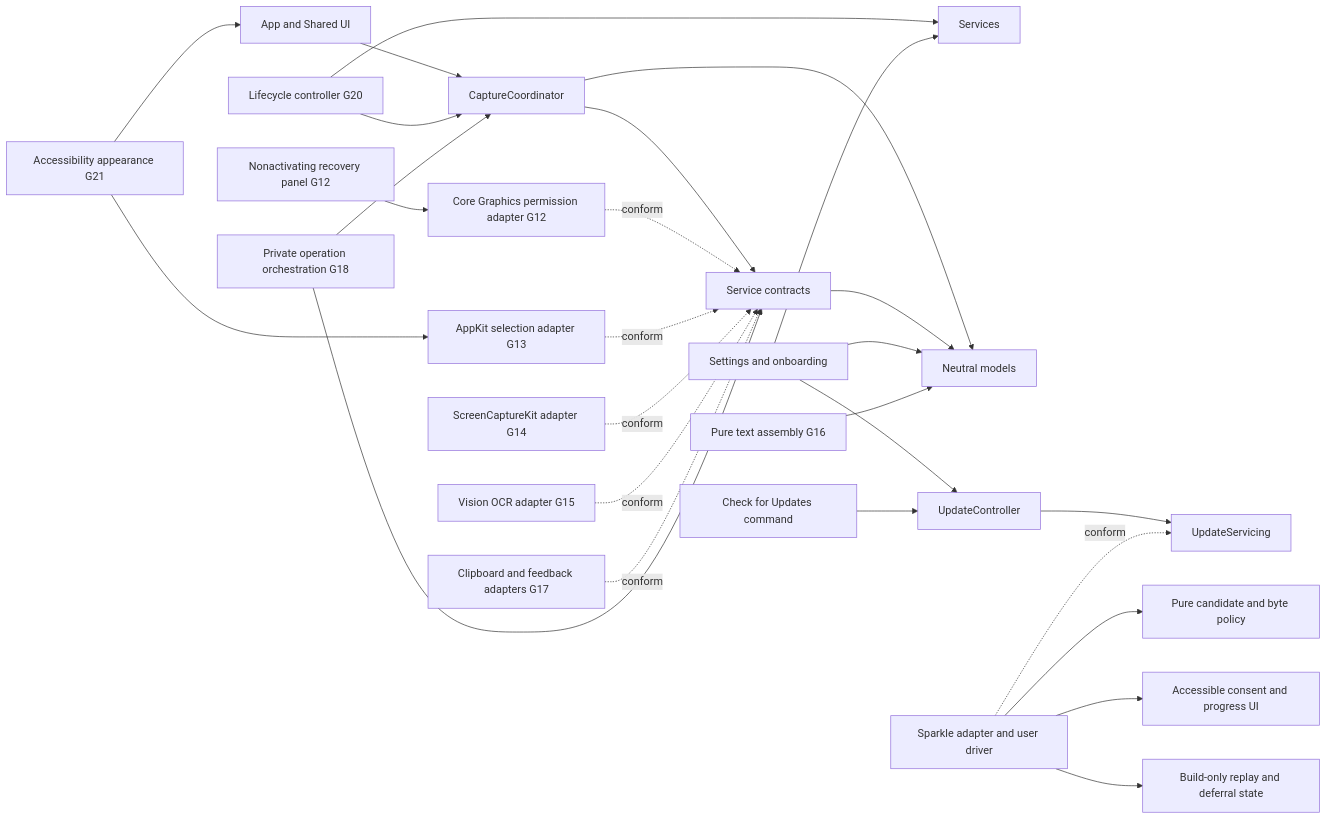
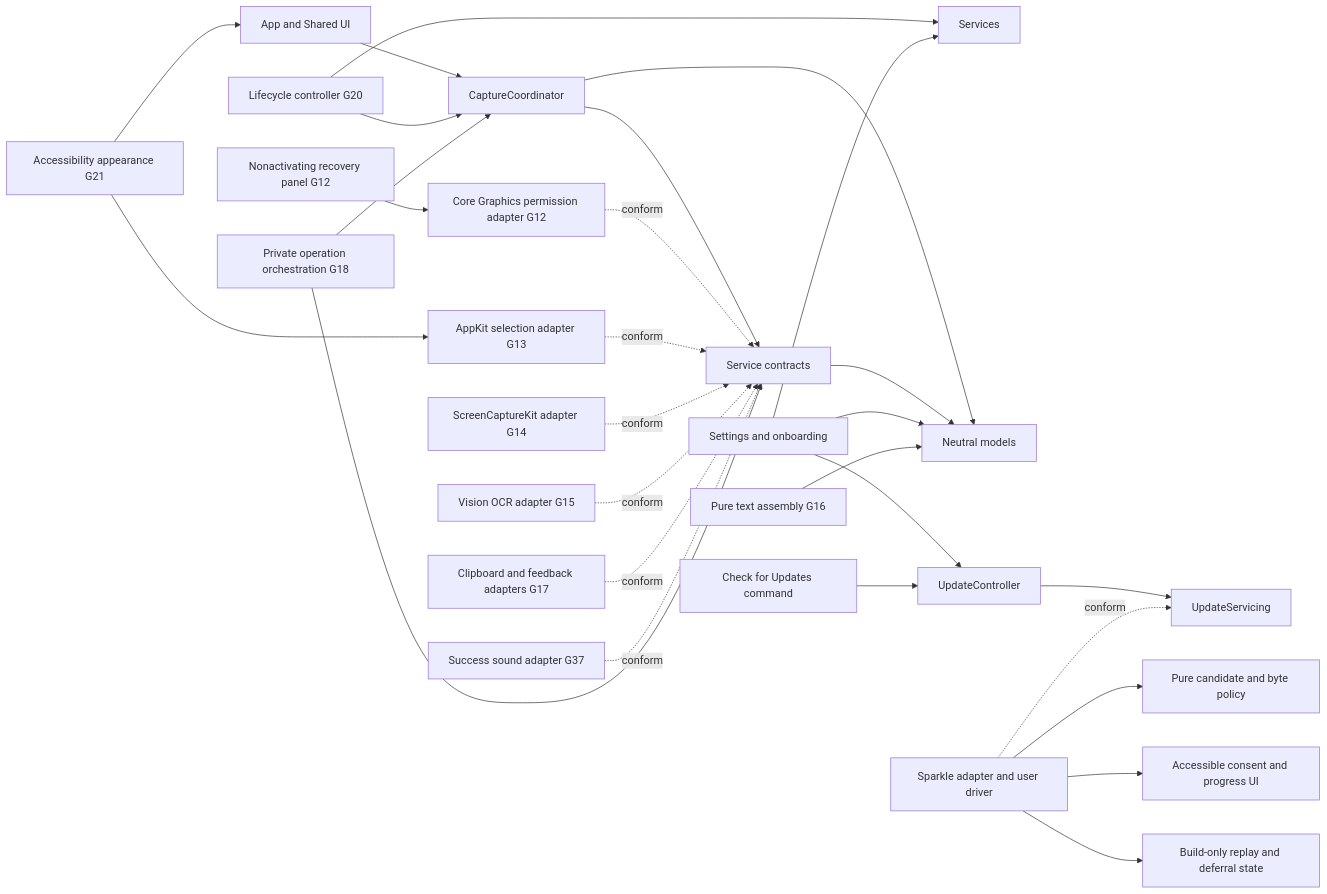
Before and after one commit to bennetthilberg/copylasso: the first of 2 diagrams in docs/architecture/overview.md, drawn with Mermaid. The commit also changed other lines of this file and 40 other files, not shown here.

Commit message:
add configurable success sound

````diff
--- a/docs/architecture/overview.md
+++ b/docs/architecture/overview.md
@@ -7,29 +7,30 @@
 ```mermaid
 flowchart LR
   App["App and Shared UI"] --> Coordinator["CaptureCoordinator"]
   Appearance["Accessibility appearance G21"] --> App
   Appearance --> Selection
   Lifecycle["Lifecycle controller G20"] --> Coordinator
   Lifecycle --> Services
   Coordinator --> Contracts["Service contracts"]
   Coordinator --> Models["Neutral models"]
   Contracts --> Models
   Settings["Settings and onboarding"] --> Services
   Settings --> Models
   Settings --> Updates["UpdateController"]
   UpdateMenu["Check for Updates command"] --> Updates
   Updates --> UpdateBoundary["UpdateServicing"]
   Sparkle["Sparkle adapter and user driver"] -. conform .-> UpdateBoundary
   Sparkle --> UpdatePolicy["Pure candidate and byte policy"]
   Sparkle --> UpdateUI["Accessible consent and progress UI"]
   Sparkle --> UpdateState["Build-only replay and deferral state"]
   Permission["Core Graphics permission adapter G12"] -. conform .-> Contracts
   Recovery["Nonactivating recovery panel G12"] --> Permission
   Selection["AppKit selection adapter G13"] -. conform .-> Contracts
   Capture["ScreenCaptureKit adapter G14"] -. conform .-> Contracts
   OCR["Vision OCR adapter G15"] -. conform .-> Contracts
   Format["Pure text assembly G16"] --> Models
   Output["Clipboard and feedback adapters G17"] -. conform .-> Contracts
+  Sound["Success sound adapter G37"] -. conform .-> Contracts
   Workflow["Private operation orchestration G18"] --> Contracts
   Workflow --> Coordinator
 ```
````
